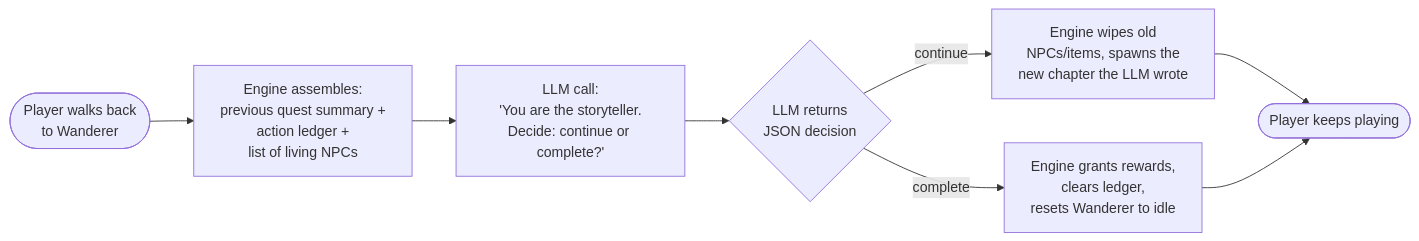
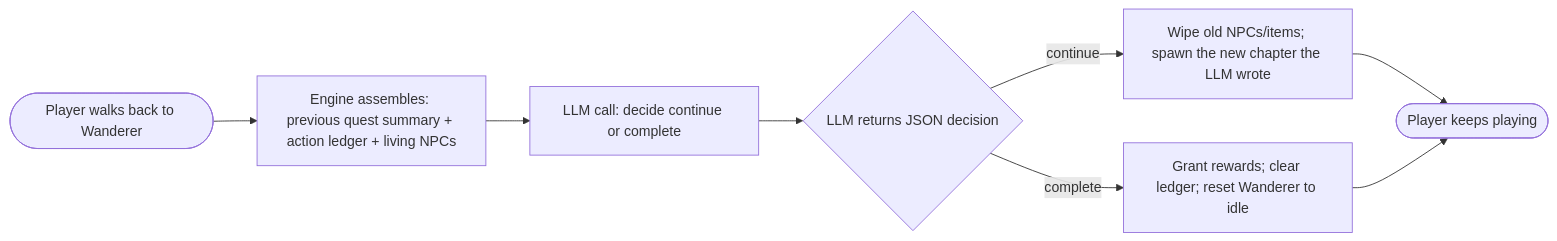
Before and after one commit to wachi35676/Agentic-Quest-Generator: the first of 14 diagrams in README.md, drawn with Mermaid. The commit also changed other lines of this file, not shown here.

First line of the commit message:
Add "Wanderer-as-orchestrator: behind the scenes" section to README.md

````diff
--- a/README.md
+++ b/README.md
@@ -63,10 +64,10 @@
 ```mermaid
 flowchart LR
-    A([Player walks back<br/>to Wanderer]) --> B[Engine assembles:<br/>previous quest summary +<br/>action ledger +<br/>list of living NPCs]
-    B --> C[LLM call:<br/>'You are the storyteller.<br/>Decide: continue or complete?']
-    C --> D{LLM returns<br/>JSON decision}
-    D -->|continue| E[Engine wipes old<br/>NPCs/items, spawns the<br/>new chapter the LLM wrote]
-    D -->|complete| F[Engine grants rewards,<br/>clears ledger,<br/>resets Wanderer to idle]
-    E --> G([Player keeps playing])
+    A(["Player walks back to Wanderer"]) --> B["Engine assembles: previous quest summary + action ledger + living NPCs"]
+    B --> C["LLM call: decide continue or complete"]
+    C --> D{"LLM returns JSON decision"}
+    D -->|"continue"| E["Wipe old NPCs/items; spawn the new chapter the LLM wrote"]
+    D -->|"complete"| F["Grant rewards; clear ledger; reset Wanderer to idle"]
+    E --> G(["Player keeps playing"])
     F --> G
 ```
````
